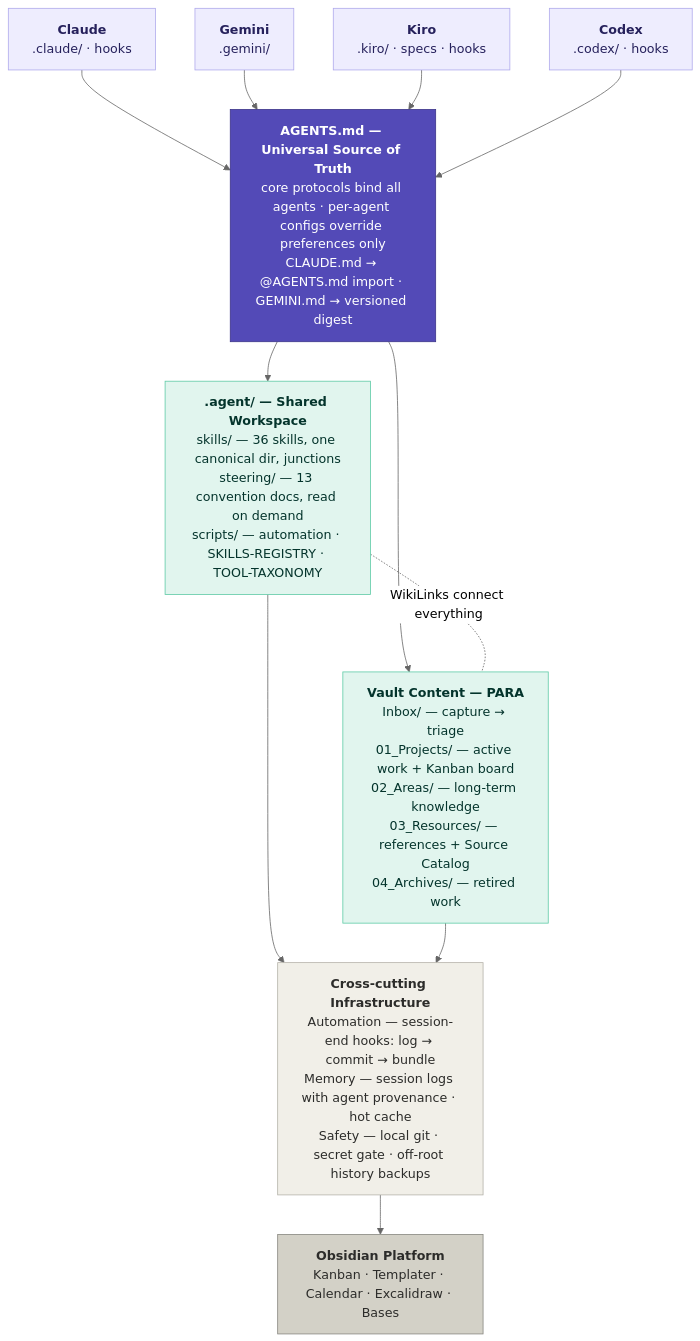
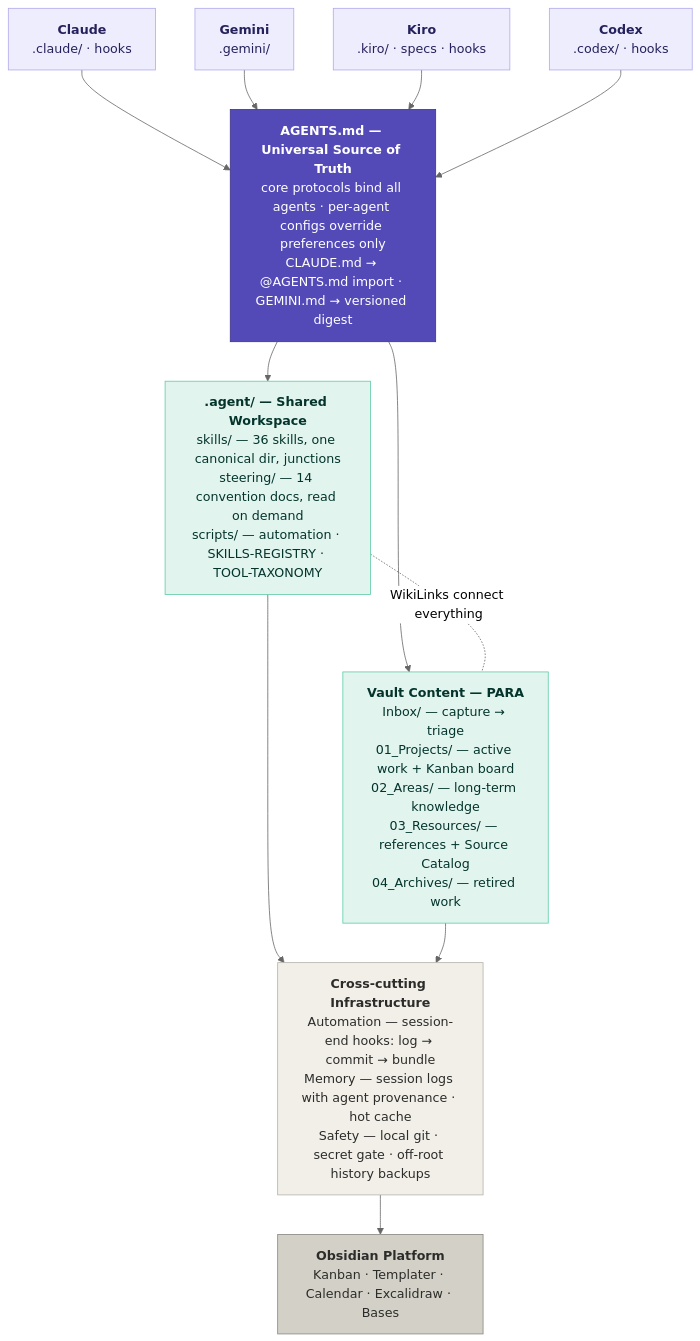
The diagram in README.md (kurtvalcorza/agentic-vault), drawn with Mermaid (neutral theme) before and after one commit. The commit also changed other lines of this file and 6 other files, not shown here.

````diff
--- a/README.md
+++ b/README.md
@@ -21,34 +21,34 @@
 ```mermaid
 flowchart TB
     classDef agent fill:#EEEDFE,stroke:#AFA9EC,color:#26215C
     classDef gov fill:#534AB7,stroke:#3C3489,color:#FFFFFF
     classDef space fill:#E1F5EE,stroke:#5DCAA5,color:#04342C
     classDef infra fill:#F1EFE8,stroke:#B4B2A9,color:#2C2C2A
     classDef platform fill:#D3D1C7,stroke:#888780,color:#2C2C2A
 
     CLAUDE["<b>Claude</b><br/>.claude/ · hooks"]:::agent
     GEMINI["<b>Gemini</b><br/>.gemini/"]:::agent
     KIRO["<b>Kiro</b><br/>.kiro/ · specs · hooks"]:::agent
     CODEX["<b>Codex</b><br/>.codex/ · hooks"]:::agent
 
     AGENTS["<b>AGENTS.md — Universal Source of Truth</b><br/>core protocols bind all agents · per-agent configs override preferences only<br/>CLAUDE.md → @AGENTS.md import · GEMINI.md → versioned digest"]:::gov
 
-    WORKSPACE["<b>.agent/ — Shared Workspace</b><br/>skills/ — 36 skills, one canonical dir, junctions<br/>steering/ — 13 convention docs, read on demand<br/>scripts/ — automation · SKILLS-REGISTRY · TOOL-TAXONOMY"]:::space
+    WORKSPACE["<b>.agent/ — Shared Workspace</b><br/>skills/ — 36 skills, one canonical dir, junctions<br/>steering/ — 14 convention docs, read on demand<br/>scripts/ — automation · SKILLS-REGISTRY · TOOL-TAXONOMY"]:::space
 
     CONTENT["<b>Vault Content — PARA</b><br/>Inbox/ — capture → triage<br/>01_Projects/ — active work + Kanban board<br/>02_Areas/ — long-term knowledge<br/>03_Resources/ — references + Source Catalog<br/>04_Archives/ — retired work"]:::space
 
     INFRA["<b>Cross-cutting Infrastructure</b><br/>Automation — session-end hooks: log → commit → bundle<br/>Memory — session logs with agent provenance · hot cache<br/>Safety — local git · secret gate · off-root history backups"]:::infra
 
     PLATFORM["<b>Obsidian Platform</b><br/>Kanban · Templater · Calendar · Excalidraw · Bases"]:::platform
 
     CLAUDE --> AGENTS
     GEMINI --> AGENTS
     KIRO --> AGENTS
     CODEX --> AGENTS
     AGENTS --> WORKSPACE
     AGENTS --> CONTENT
     WORKSPACE -. "WikiLinks connect everything" .- CONTENT
     WORKSPACE --> INFRA
     CONTENT --> INFRA
     INFRA --> PLATFORM
 ```
````
